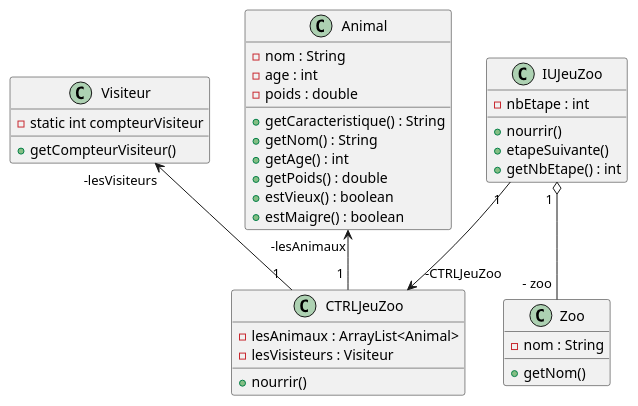
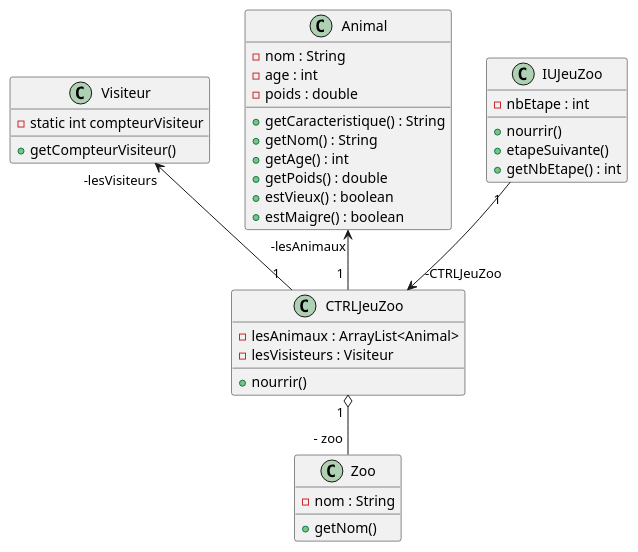
Before and after one commit to Idricealy/JeuZoo: the diagram in src/doc/dcpUseCase.md, drawn with PlantUML. The commit also changed 3 other files, not shown here.

Commit message:
je changer 4 diagrame

```diff
--- a/src/doc/dcpUseCase.md
+++ b/src/doc/dcpUseCase.md
@@ -1,47 +1,47 @@
 @startuml
 
 class IUJeuZoo{
 	- nbEtape : int  
 	+ nourrir()
 	+ etapeSuivante()
 	+ getNbEtape() : int
 }
 
 class CTRLJeuZoo{
 	- lesAnimaux : ArrayList<Animal>
 	- lesVisisteurs : Visiteur
 	+ nourrir()
 }
 
 class Zoo{
 	- nom : String
 	+ getNom()
 }
 
 class Animal{
 	- nom : String
 	- age : int
 	- poids : double
 	+ getCaracteristique() : String
 	+ getNom() : String
 	+ getAge() : int
 	+ getPoids() : double
 	+ estVieux() : boolean
 	+ estMaigre() : boolean
 }
 
 class Visiteur{
 	- static int compteurVisiteur
 	+ getCompteurVisiteur()
 }
 
 
 IUJeuZoo " 1 " -down-> " -CTRLJeuZoo " CTRLJeuZoo
 
 CTRLJeuZoo " 1 " -up-> "-lesAnimaux"Animal
 
 CTRLJeuZoo " 1 " -up-> "-lesVisiteurs" Visiteur
 
-IUJeuZoo " 1 " o-- "- zoo "Zoo
+CTRLJeuZoo " 1 " o-- "- zoo "Zoo
 
 @enduml
```
